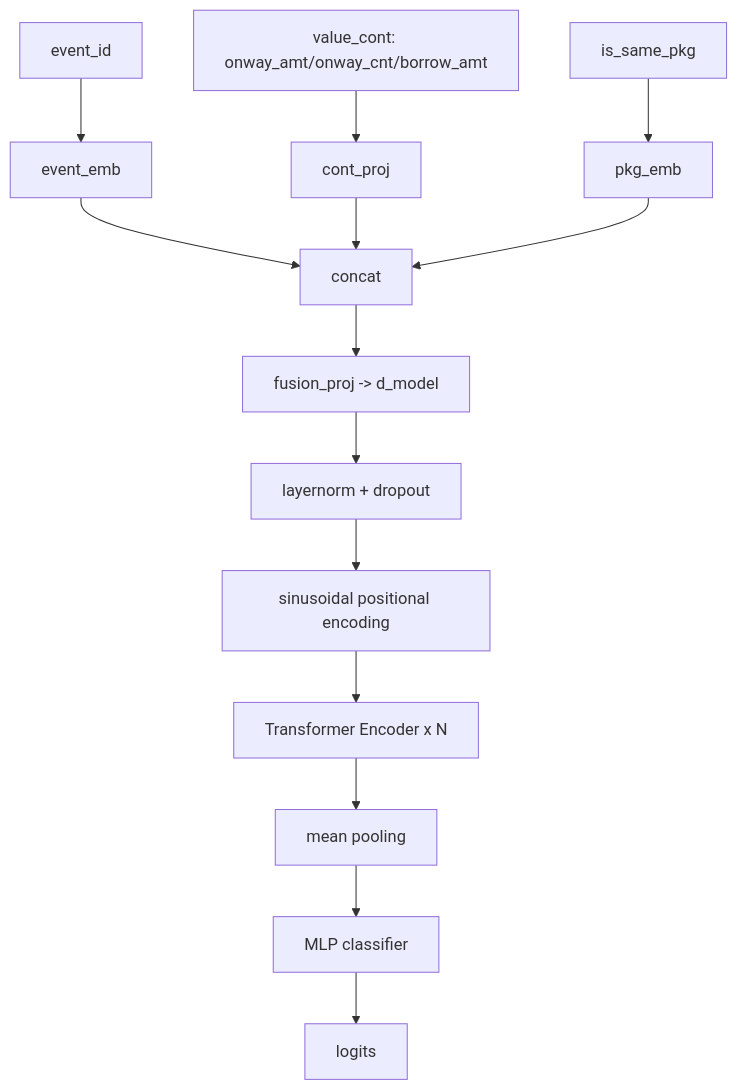
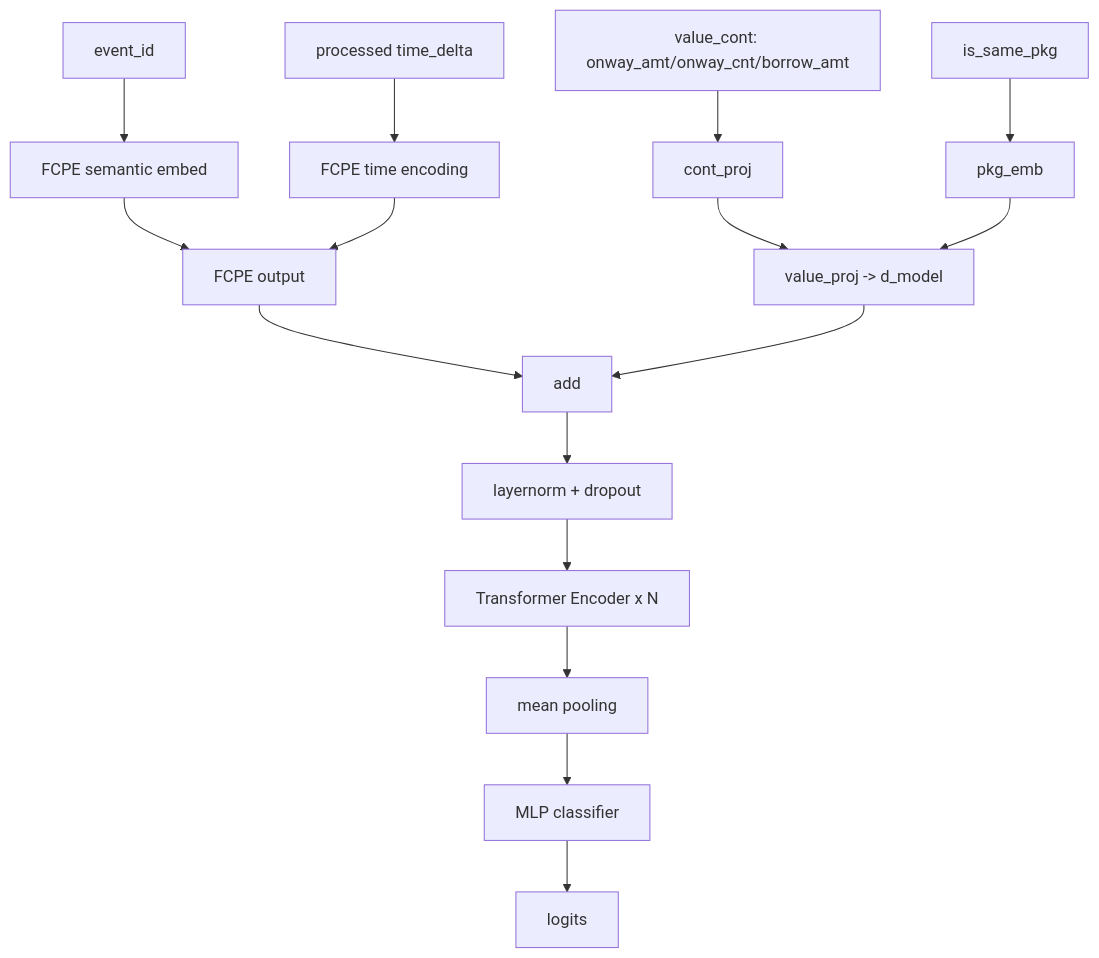
One commit to Mr-Gump/seq-model changed the diagram in ARCHITECTURE.md. Above: the diagram before and after it, drawn with Mermaid. The commit also changed other lines of this file and 1 other file, not shown here.

Commit message:
实验：FCPE替代正弦位置编码
Made-with: Cursor

````diff
--- a/ARCHITECTURE.md
+++ b/ARCHITECTURE.md
@@ -3,17 +3,20 @@
 ```mermaid
 flowchart TD
-    A[event_id] --> B[event_emb]
-    C[value_cont: onway_amt/onway_cnt/borrow_amt] --> D[cont_proj]
-    E[is_same_pkg] --> F[pkg_emb]
+    A[event_id] --> B[FCPE semantic embed]
+    T[processed time_delta] --> C[FCPE time encoding]
+    B --> D[FCPE output]
+    C --> D
 
-    B --> G[concat]
-    D --> G
-    F --> G
-    G --> H[fusion_proj -> d_model]
-    H --> I[layernorm + dropout]
-    I --> J[sinusoidal positional encoding]
-    J --> K[Transformer Encoder x N]
-    K --> L[mean pooling]
-    L --> M[MLP classifier]
-    M --> N[logits]
+    E[value_cont: onway_amt/onway_cnt/borrow_amt] --> F[cont_proj]
+    G[is_same_pkg] --> H[pkg_emb]
+    F --> I[value_proj -> d_model]
+    H --> I
+
+    D --> J[add]
+    I --> J
+    J --> K[layernorm + dropout]
+    K --> L[Transformer Encoder x N]
+    L --> M[mean pooling]
+    M --> N[MLP classifier]
+    N --> O[logits]
 ```
````
